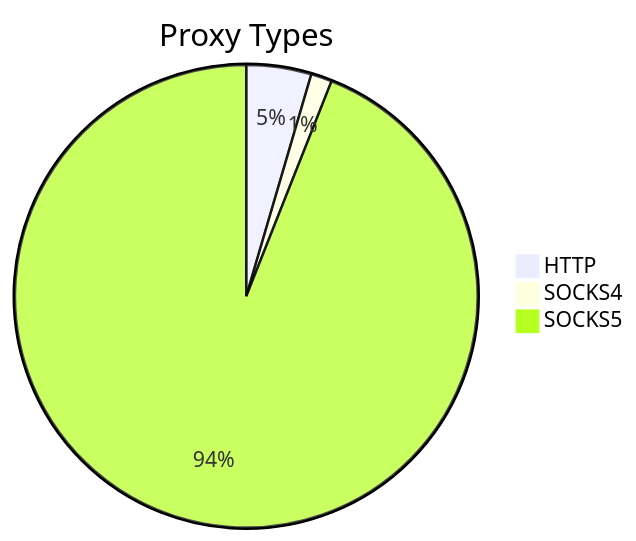
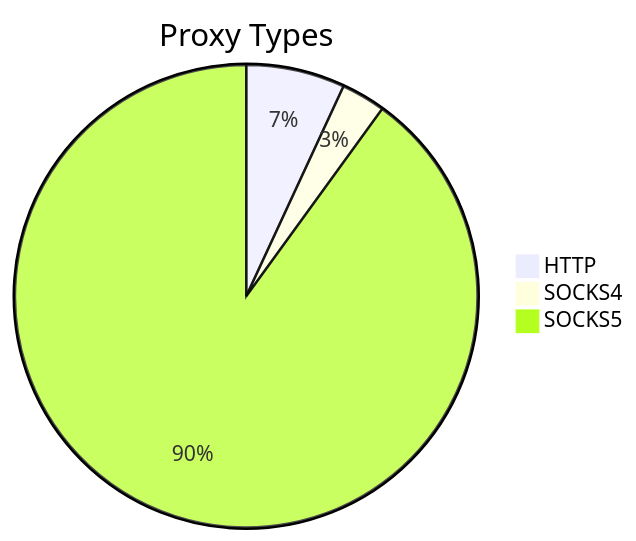
The first of 2 diagrams in README.md (stormsia/proxy-list), drawn with Mermaid before and after one commit. The commit also changed other lines of this file, not shown here.

````diff
--- a/README.md
+++ b/README.md
@@ -21,6 +21,6 @@
 ```mermaid
 pie title Proxy Types
-    "HTTP" : 74
-    "SOCKS4" : 24
-    "SOCKS5" : 1533
+    "HTTP" : 105
+    "SOCKS4" : 47
+    "SOCKS5" : 1369
 ```
````
